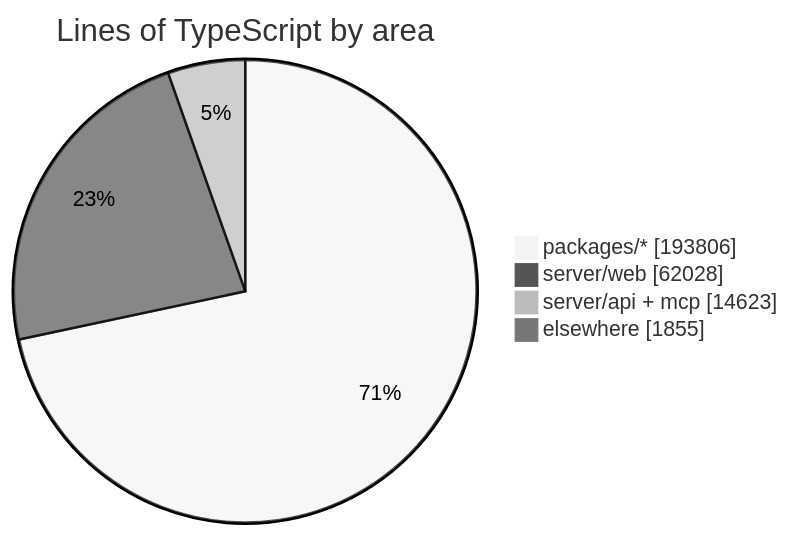
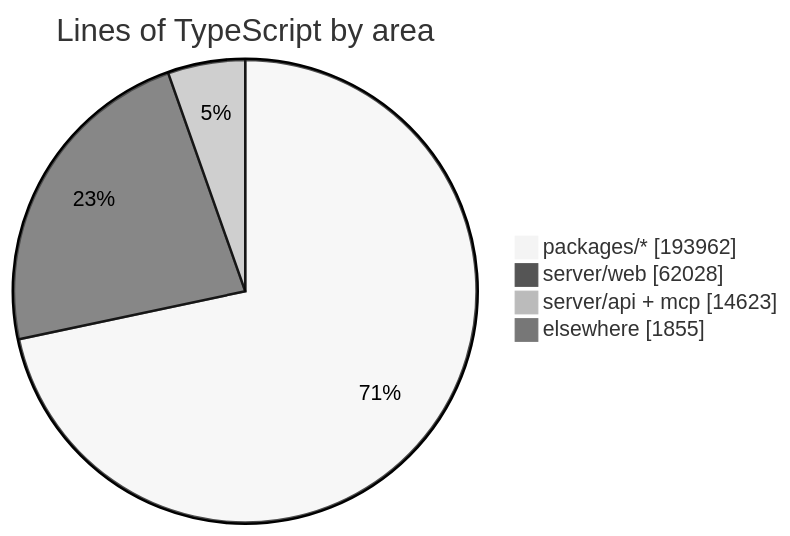
One commit to crossworks-engineering/mantle changed the diagram in README.md. Above: the diagram before and after it, drawn with Mermaid (neutral theme). The commit also changed other lines of this file and 2 other files, not shown here.

````diff
--- a/README.md
+++ b/README.md
@@ -279,7 +279,7 @@
 ```mermaid
 pie showData title Lines of TypeScript by area
-    "packages/*" : 193806
+    "packages/*" : 193962
     "server/web" : 62028
     "server/api + mcp" : 14623
     "elsewhere" : 1855
 ```
````
